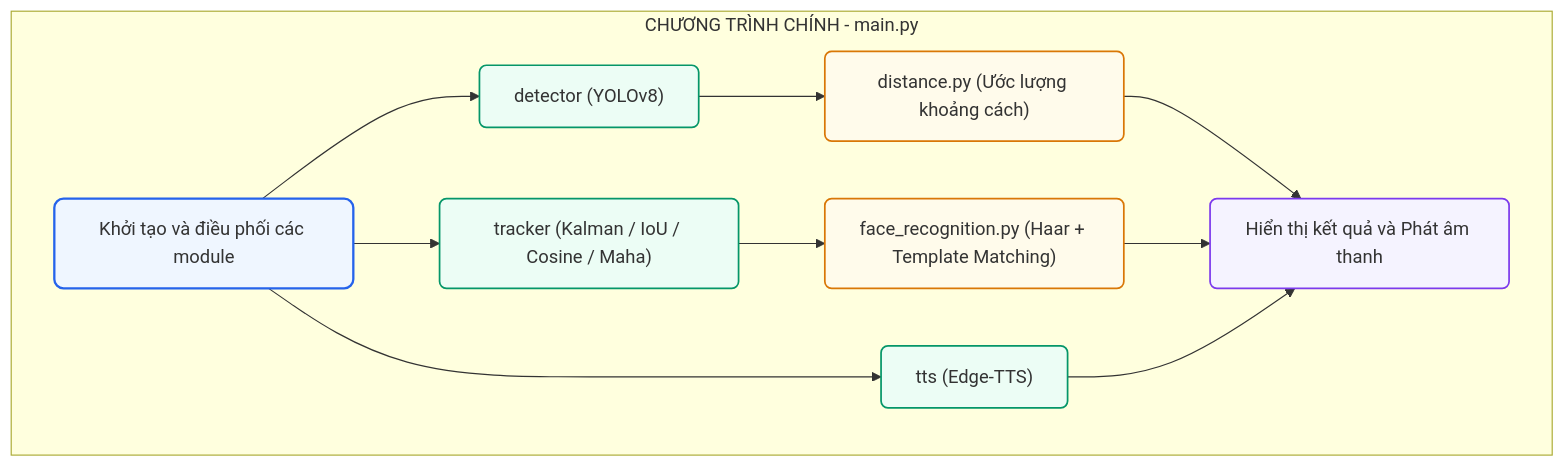
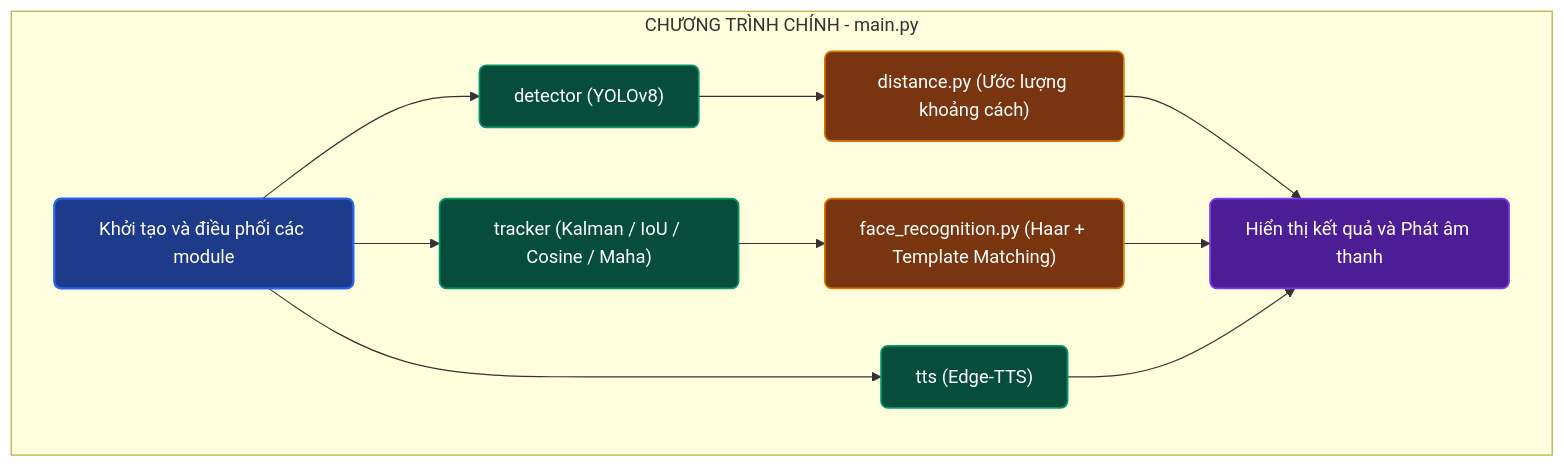
Before and after one commit to NagnQyhn217/thigiacmaytinhAnh: the diagram in code01.md, drawn with Mermaid.

````diff
--- a/code01.md
+++ b/code01.md
@@ -1,27 +1,27 @@
 ```mermaid
 graph TD
-    classDef mainApp stroke:#2563eb,stroke-width:2px,fill:#eff6ff,rx:8px,ry:8px;
-    classDef module stroke:#059669,stroke-width:1.5px,fill:#ecfdf5,rx:6px,ry:6px;
-    classDef subModule stroke:#d97706,stroke-width:1.5px,fill:#fffbeb,rx:6px,ry:6px;
-    classDef output stroke:#7c3aed,stroke-width:1.5px,fill:#f5f3ff,rx:6px,ry:6px;
+    classDef mainApp stroke:#2563eb,stroke-width:2px,fill:#1e3a8a,color:#ffffff,rx:6px,ry:6px;
+    classDef module stroke:#059669,stroke-width:1.5px,fill:#064e3b,color:#ffffff,rx:6px,ry:6px;
+    classDef subModule stroke:#d97706,stroke-width:1.5px,fill:#78350f,color:#ffffff,rx:6px,ry:6px;
+    classDef output stroke:#7c3aed,stroke-width:1.5px,fill:#4c1d95,color:#ffffff,rx:6px,ry:6px;
 
     subgraph MAIN ["CHƯƠNG TRÌNH CHÍNH - main.py"]
         A["Khởi tạo và điều phối các module"]
 
         A --> B["detector (YOLOv8)"]
         A --> C["tracker (Kalman / IoU / Cosine / Maha)"]
         A --> D["tts (Edge-TTS)"]
 
         B --> E["distance.py (Ước lượng khoảng cách)"]
         C --> F["face_recognition.py (Haar + Template Matching)"]
 
         E --> G["Hiển thị kết quả và Phát âm thanh"]
         F --> G
         D --> G
     end
 
     class A mainApp;
     class B,C,D module;
     class E,F subModule;
     class G output;
 ```
````
